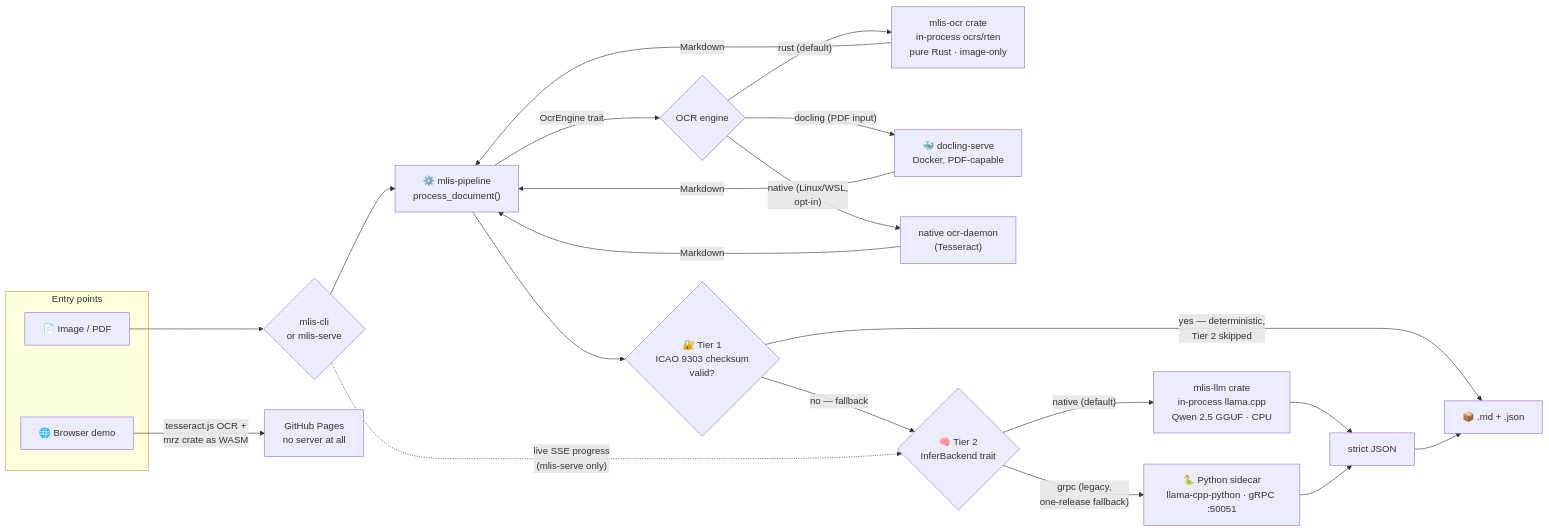
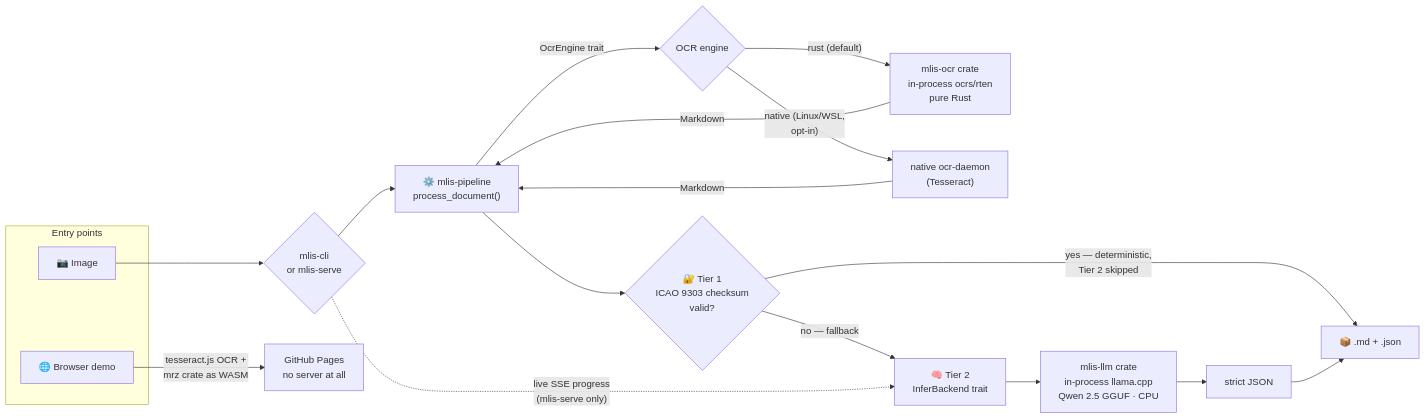
The diagram in README.md (ruledicaprio/SynthPass), drawn with Mermaid before and after one commit. The commit also changed other lines of this file and 37 other files, not shown here.

First line of the commit message:
v0.7.5: pure-Rust, image-only pipeline

````diff
--- a/README.md
+++ b/README.md
@@ -27,32 +26,28 @@
 ```mermaid
 flowchart LR
     subgraph entry["Entry points"]
-        A["📄 Image / PDF"]
+        A["📷 Image"]
         A2["🌐 Browser demo"]
     end
 
     A --> B{"mlis-cli<br/>or mlis-serve"}
     B --> P["⚙️ mlis-pipeline<br/>process_document()"]
 
     P -->|"OcrEngine trait"| OCR{"OCR engine"}
-    OCR -->|"rust (default)"| RUSTOCR["mlis-ocr crate<br/>in-process ocrs/rten<br/>pure Rust · image-only"]
-    OCR -->|"docling (PDF input)"| DOCLING["🐳 docling-serve<br/>Docker, PDF-capable"]
+    OCR -->|"rust (default)"| RUSTOCR["mlis-ocr crate<br/>in-process ocrs/rten<br/>pure Rust"]
     OCR -->|"native (Linux/WSL,<br/>opt-in)"| TESS["native ocr-daemon<br/>(Tesseract)"]
     RUSTOCR -->|Markdown| P
-    DOCLING -->|Markdown| P
     TESS -->|Markdown| P
 
     P --> T1{"🔐 Tier 1<br/>ICAO 9303 checksum<br/>valid?"}
     T1 -->|"yes — deterministic,<br/>Tier 2 skipped"| OUT["📦 .md + .json"]
 
-    T1 -->|"no — fallback"| T2{"🧠 Tier 2<br/>InferBackend trait"}
-    T2 -->|"native (default)"| NAT["mlis-llm crate<br/>in-process llama.cpp<br/>Qwen 2.5 GGUF · CPU"]
-    T2 -->|"grpc (legacy,<br/>one-release fallback)"| GRPC["🐍 Python sidecar<br/>llama-cpp-python · gRPC :50051"]
+    T1 -->|"no — fallback"| T2["🧠 Tier 2<br/>InferBackend trait"]
+    T2 --> NAT["mlis-llm crate<br/>in-process llama.cpp<br/>Qwen 2.5 GGUF · CPU"]
     NAT --> J2["strict JSON"]
-    GRPC --> J2
     J2 --> OUT
 
     B -.->|"live SSE progress<br/>(mlis-serve only)"| T2
 
     A2 -->|"tesseract.js OCR +<br/>mrz crate as WASM"| PAGES["GitHub Pages<br/>no server at all"]
 ```
````
